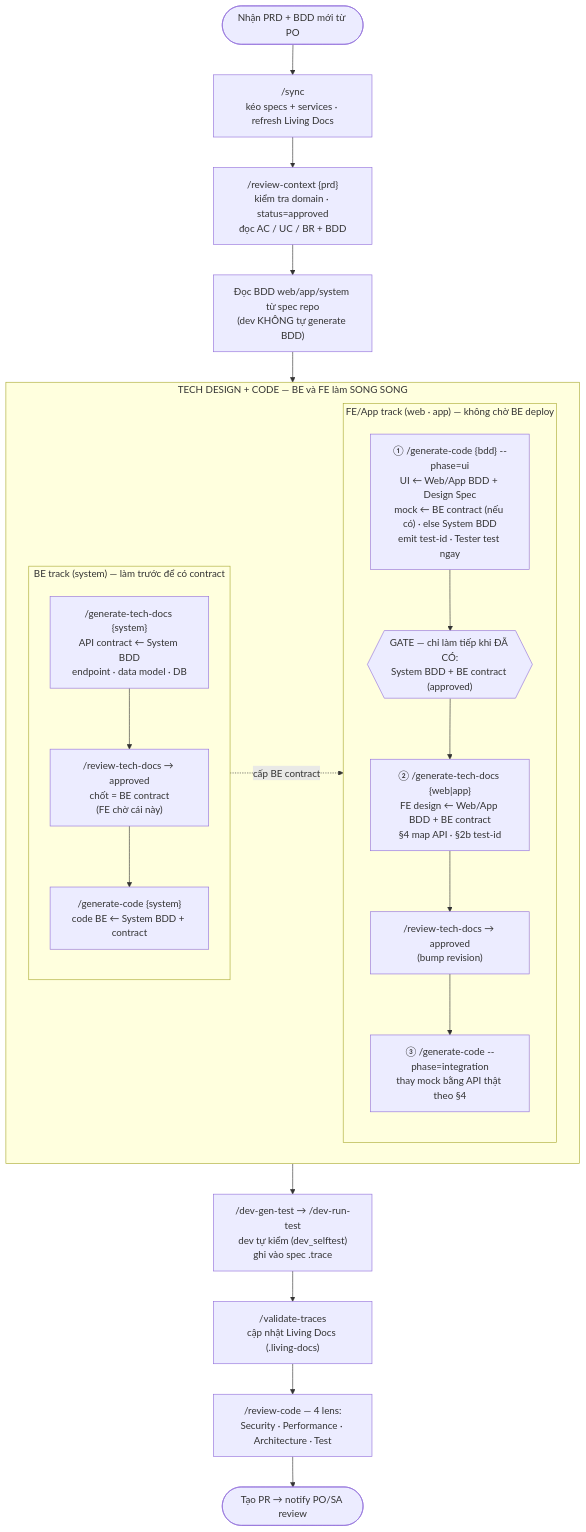
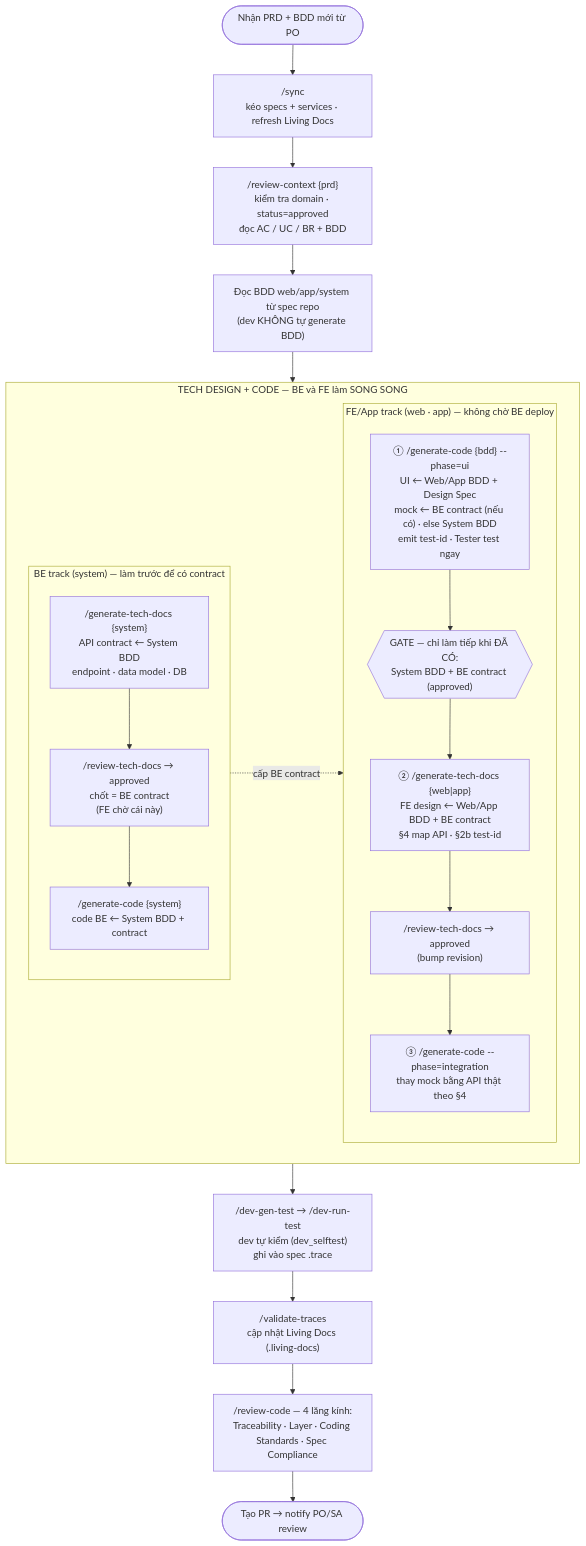
Before and after one commit to edupia-tutor/spec-driven-docs-guideline: the diagram in docs/02-guides/developer/workflow.md, drawn with Mermaid. The commit also changed other lines of this file and 33 other files, not shown here.

````diff
--- a/docs/02-guides/developer/workflow.md
+++ b/docs/02-guides/developer/workflow.md
@@ -7,26 +7,26 @@
 ```mermaid
 flowchart TD
     A([Nhận PRD + BDD mới từ PO]) --> B["/sync<br/>kéo specs + services · refresh Living Docs"]
     B --> C["/review-context {prd}<br/>kiểm tra domain · status=approved<br/>đọc AC / UC / BR + BDD"]
     C --> D["Đọc BDD web/app/system từ spec repo<br/>(dev KHÔNG tự generate BDD)"]
     D --> TD
 
     subgraph TD["TECH DESIGN + CODE — BE và FE làm SONG SONG"]
       direction LR
       subgraph BE["BE track (system) — làm trước để có contract"]
         direction TB
         BE1["/generate-tech-docs {system}<br/>API contract ← System BDD<br/>endpoint · data model · DB"] --> BE2["/review-tech-docs → approved<br/>chốt = BE contract<br/>(FE chờ cái này)"] --> BE3["/generate-code {system}<br/>code BE ← System BDD + contract"]
       end
       subgraph FE["FE/App track (web · app) — không chờ BE deploy"]
         direction TB
         FE1["① /generate-code {bdd} --phase=ui<br/>UI ← Web/App BDD + Design Spec<br/>mock ← BE contract (nếu có) · else System BDD<br/>emit test-id · Tester test ngay"] --> GATE{{"GATE — chỉ làm tiếp khi ĐÃ CÓ:<br/>System BDD + BE contract (approved)"}}
         GATE --> FE2["② /generate-tech-docs {web|app}<br/>FE design ← Web/App BDD + BE contract<br/>§4 map API · §2b test-id"] --> FE2b["/review-tech-docs → approved<br/>(bump revision)"] --> FE3["③ /generate-code --phase=integration<br/>thay mock bằng API thật theo §4"]
       end
       BE2 -. "cấp BE contract" .-> GATE
     end
 
     TD --> E["/dev-gen-test → /dev-run-test<br/>dev tự kiểm (dev_selftest)<br/>ghi vào spec .trace"]
     E --> F["/validate-traces<br/>cập nhật Living Docs (.living-docs)"]
-    F --> G["/review-code — 4 lens:<br/>Security · Performance · Architecture · Test"]
+    F --> G["/review-code — 4 lăng kính:<br/>Traceability · Layer · Coding Standards · Spec Compliance"]
     G --> H([Tạo PR → notify PO/SA review])
 ```
````
